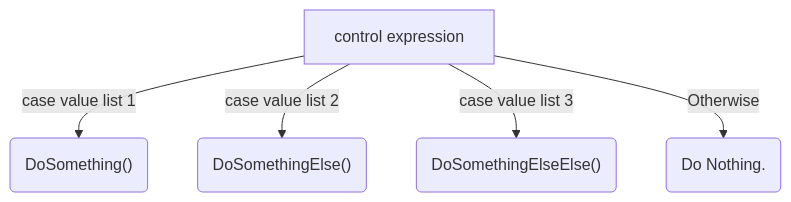
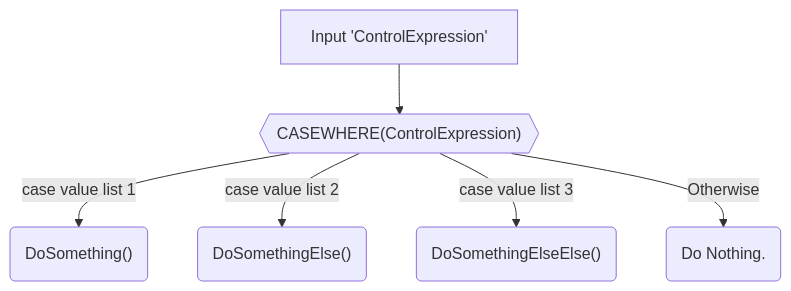
The diagram in 3multiway/README.md (amydevs/php-assignments), drawn with Mermaid before and after one commit. The commit also changed 3 other files, not shown here.

Commit message:
updated graphs

````diff
--- a/3multiway/README.md
+++ b/3multiway/README.md
@@ -21,13 +21,13 @@
 ```mermaid
 graph TD
-	A["control expression"]
+	input["Input 'ControlExpression'"] --> A{{"CASEWHERE(ControlExpression)"}}
 	B("DoSomething()")
 	C("DoSomethingElse()")
 	D("DoSomethingElseElse()")
 	E("Do Nothing.")
 	
 	A --> |case value list 1| B
 	A --> |case value list 2| C
 	A --> |case value list 3| D
 	A --> |Otherwise| E
 ```
````
